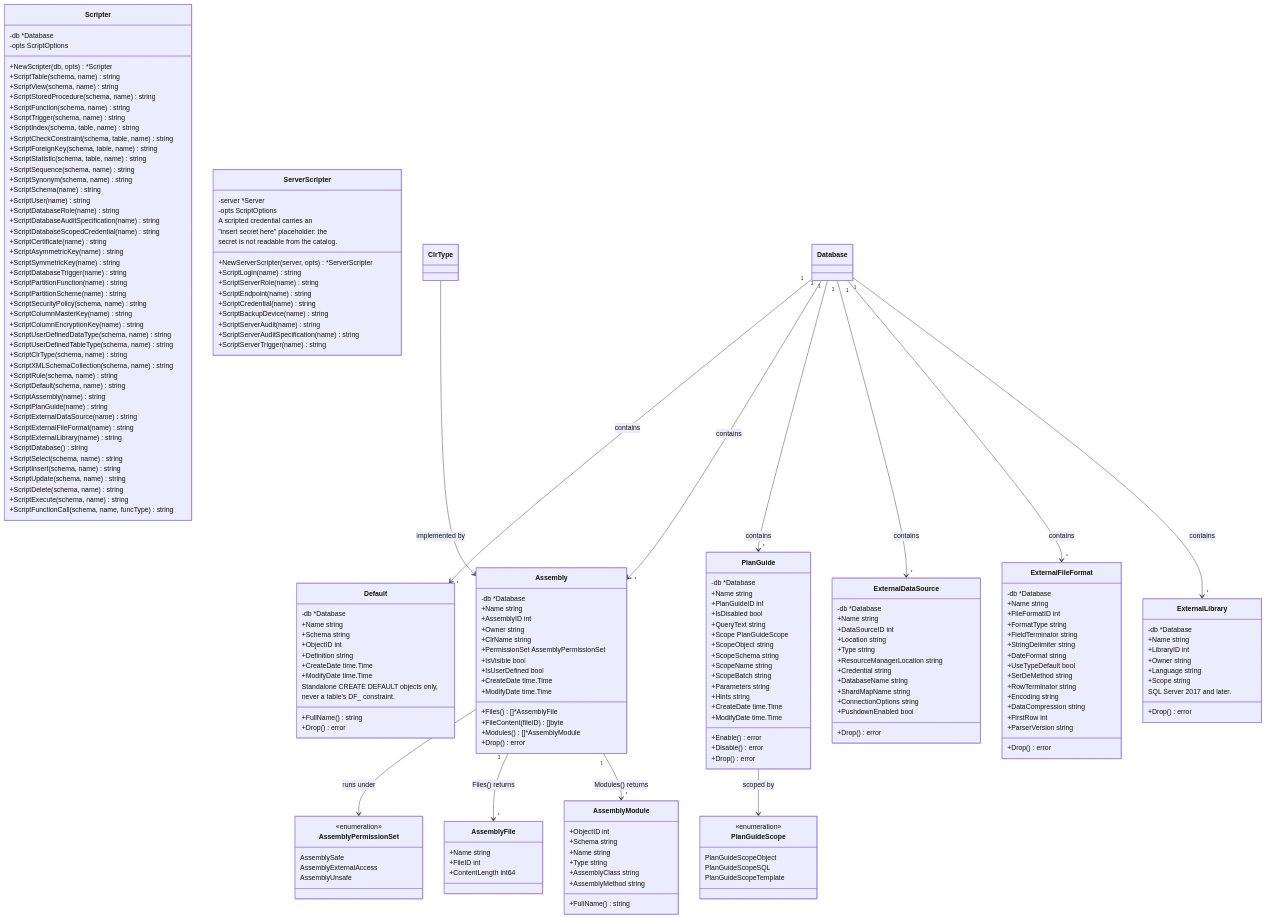
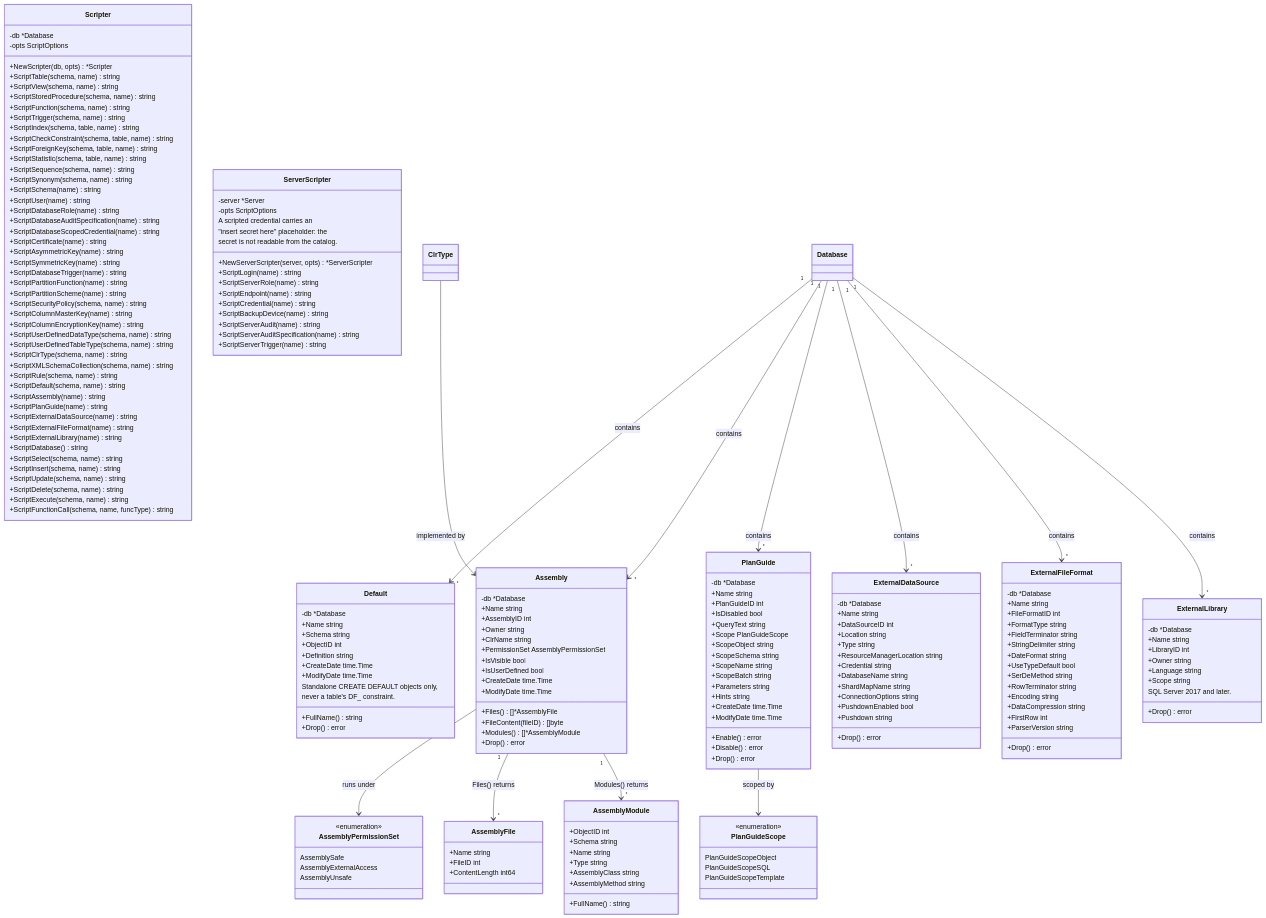
The diagram in diagram/12-programmability-and-external.mmd (radix29/gosmo), drawn with Mermaid before and after one commit. The commit also changed 34 other files, not shown here.

```diff
--- a/diagram/12-programmability-and-external.mmd
+++ b/diagram/12-programmability-and-external.mmd
@@ -102,6 +102,7 @@
         +ShardMapName string
         +ConnectionOptions string
         +PushdownEnabled bool
+        +Pushdown string
         +Drop() error
     }
 
```
